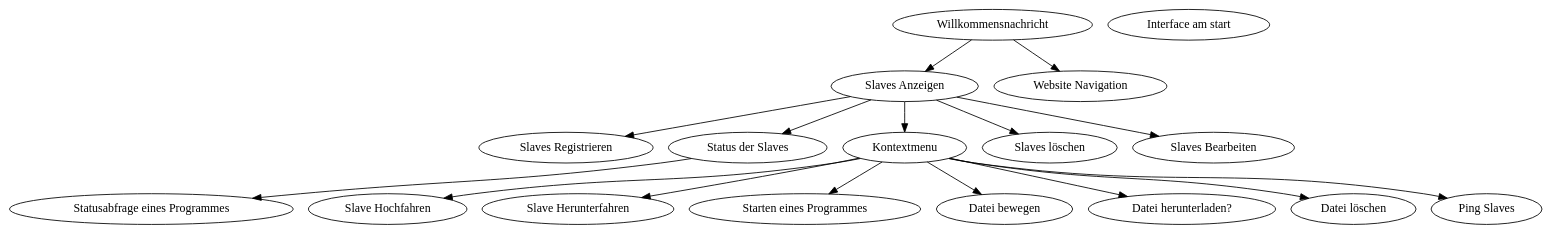
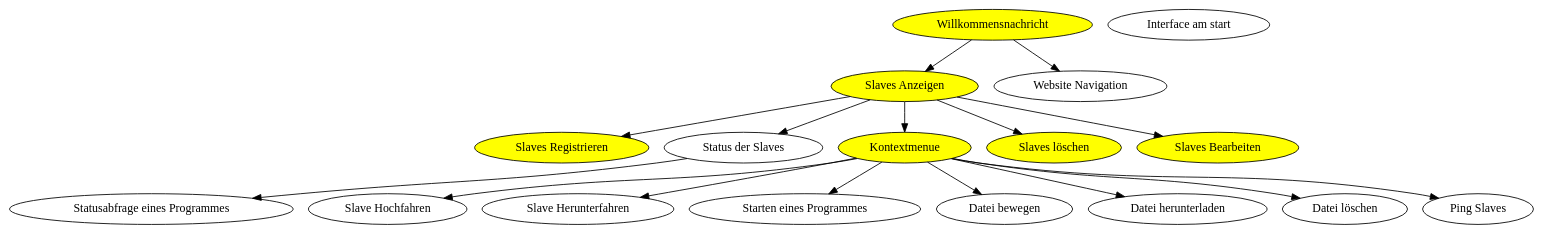
The diagram in UserStories/dependecy.dot (bp-flugsimulator/qs), drawn with Graphviz before and after one commit. The commit also changed 7 other files, not shown here.

```diff
--- a/UserStories/dependecy.dot
+++ b/UserStories/dependecy.dot
@@ -1,40 +1,41 @@
 digraph G {
-    1 [label="Willkommensnachricht"];
-    2 [label="Slaves Registrieren"];
+    1 [label="Willkommensnachricht", style=filled, fillcolor = yellow];
+    2 [label="Slaves Registrieren", style=filled, fillcolor = yellow];
+    4 [label="Status der Slaves"];
+    6 [label="Kontextmenue", style=filled, fillcolor = yellow];
+    8 [label="Statusabfrage eines Programmes"];
+    12 [label="Interface am start"];
+    14 [label="Slaves löschen", style=filled, fillcolor = yellow];
+    15 [label="Slaves Bearbeiten", style=filled, fillcolor = yellow];
+    16 [label="Slaves Anzeigen", style=filled, fillcolor = yellow];
+    17 [label="Website Navigation"];
+    
     3 [label="Slave Hochfahren"];
-    4 [label="Status der Slaves"];
     5 [label="Slave Herunterfahren"];
-    6 [label="Kontextmenu"];
     7 [label="Starten eines Programmes"];
-    8 [label="Statusabfrage eines Programmes"];
     9 [label="Datei bewegen"];
-    10 [label="Datei herunterladen?"];
+    10 [label="Datei herunterladen"];
     11 [label="Datei löschen"];
-    12 [label="Interface am start"];
-    14 [label="Slaves löschen"];
-    15 [label="Slaves Bearbeiten"];
-    16 [label="Slaves Anzeigen"];
-    17 [label="Website Navigation"];
     18 [label="Ping Slaves"];
-
+    
     1 -> 16;
     1 -> 17;
 
     16 -> 2;
     16 -> 4;
     16 -> 6;
     16 -> 14;
     16 -> 15;
 
     6 -> 3;
     6 -> 5;
     6 -> 7;
     6 -> 9;
     6 -> 10;
     6 -> 11;
     6 -> 18;
 
 
     4 -> 8;
 
 }
```
